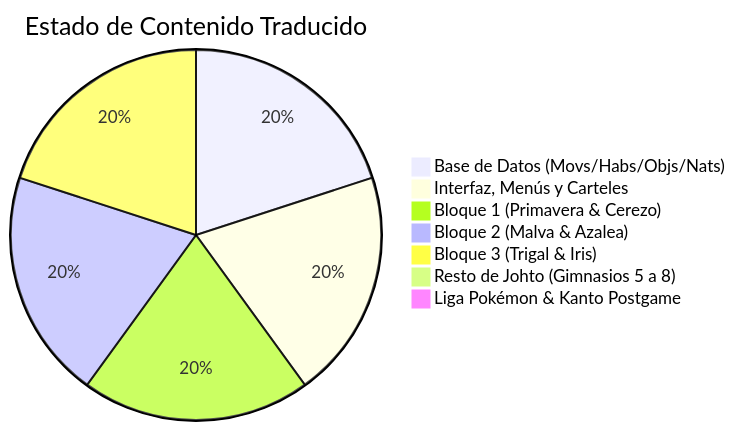
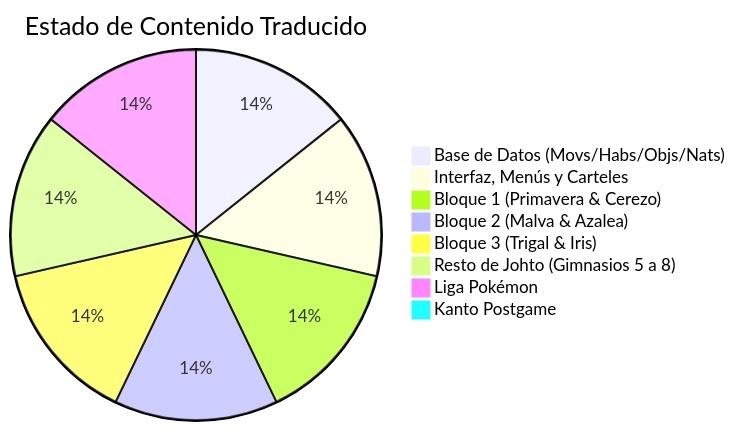
The diagram in docs/traduccion/TRADUCCION_HNS.md (jortort558-dot/pokehns-expansion), drawn with Mermaid before and after one commit. The commit also changed other lines of this file and 28 other files, not shown here.

Commit message:
feat: completar traduccion de Johto y Liga Pokemon

````diff
--- a/docs/traduccion/TRADUCCION_HNS.md
+++ b/docs/traduccion/TRADUCCION_HNS.md
@@ -28,10 +28,11 @@
 ```mermaid
 pie title Estado de Contenido Traducido
     "Base de Datos (Movs/Habs/Objs/Nats)" : 100
     "Interfaz, Menús y Carteles" : 100
     "Bloque 1 (Primavera & Cerezo)" : 100
     "Bloque 2 (Malva & Azalea)" : 100
     "Bloque 3 (Trigal & Iris)" : 100
-    "Resto de Johto (Gimnasios 5 a 8)" : 0
-    "Liga Pokémon & Kanto Postgame" : 0
+    "Resto de Johto (Gimnasios 5 a 8)" : 100
+    "Liga Pokémon" : 100
+    "Kanto Postgame" : 0
 ```
````
